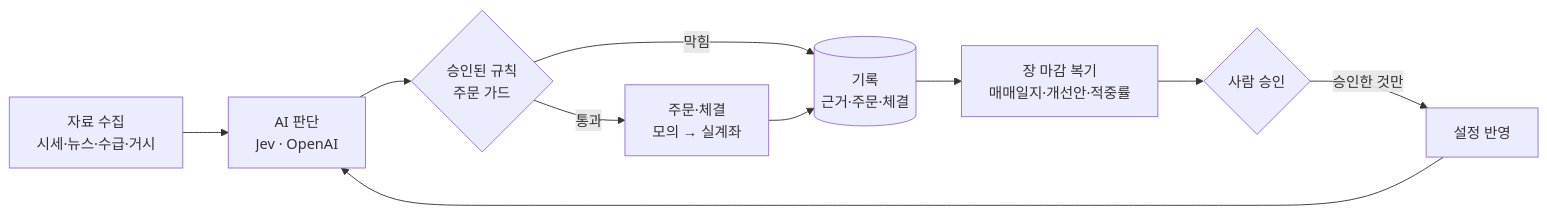
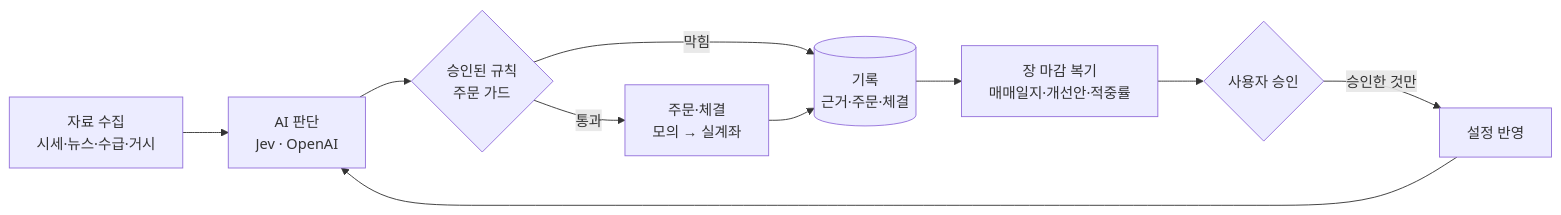
One commit to roadkwonai/omni-ai-trading changed the first of 17 diagrams in README.md. Above: the diagram before and after it, drawn with Mermaid. The commit also changed other lines of this file and 189 other files, not shown here.

````diff
--- a/README.md
+++ b/README.md
@@ -255,12 +258,12 @@
 ```mermaid
 flowchart LR
   A["자료 수집<br/>시세·뉴스·수급·거시"] --> B["AI 판단<br/>Jev · OpenAI"]
   B --> C{"승인된 규칙<br/>주문 가드"}
   C -->|통과| D["주문·체결<br/>모의 → 실계좌"]
   C -->|막힘| R
   D --> R[("기록<br/>근거·주문·체결")]
   R --> E["장 마감 복기<br/>매매일지·개선안·적중률"]
-  E --> F{"사람 승인"}
+  E --> F{"사용자 승인"}
   F -->|승인한 것만| G["설정 반영"]
   G --> B
 ```
````
